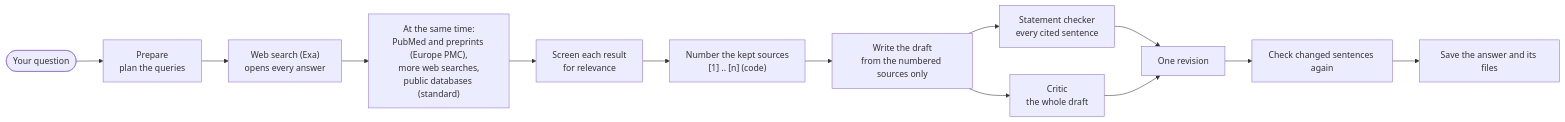
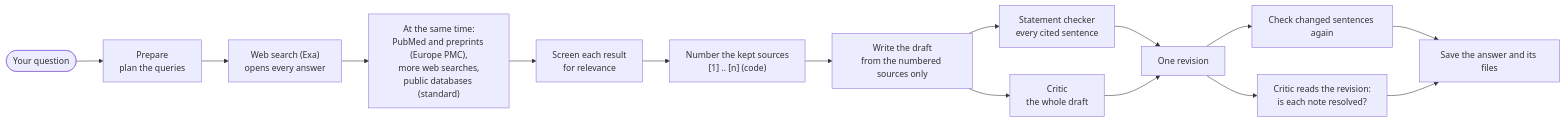
One commit to itsbrendandang/agent-test changed the diagram in docs/research-answer.md. Above: the diagram before and after it, drawn with Mermaid. The commit also changed other lines of this file and 61 other files, not shown here.

````diff
--- a/docs/research-answer.md
+++ b/docs/research-answer.md
@@ -17,15 +17,17 @@
 ```mermaid
 flowchart LR
     q(["Your question"]) --> prepare["Prepare<br/>plan the queries"]
     prepare --> exa["Web search (Exa)<br/>opens every answer"]
     exa --> more["At the same time:<br/>PubMed and preprints (Europe PMC),<br/>more web searches,<br/>public databases (standard)"]
     more --> screen["Screen each result<br/>for relevance"]
     screen --> number["Number the kept sources<br/>[1] .. [n] (code)"]
     number --> write["Write the draft<br/>from the numbered sources only"]
     write --> check["Statement checker<br/>every cited sentence"]
     write --> critic["Critic<br/>the whole draft"]
     check --> revise["One revision"]
     critic --> revise
     revise --> recheck["Check changed sentences again"]
+    revise --> second["Critic reads the revision:<br/>is each note resolved?"]
     recheck --> save["Save the answer and its files"]
+    second --> save
 ```
````
